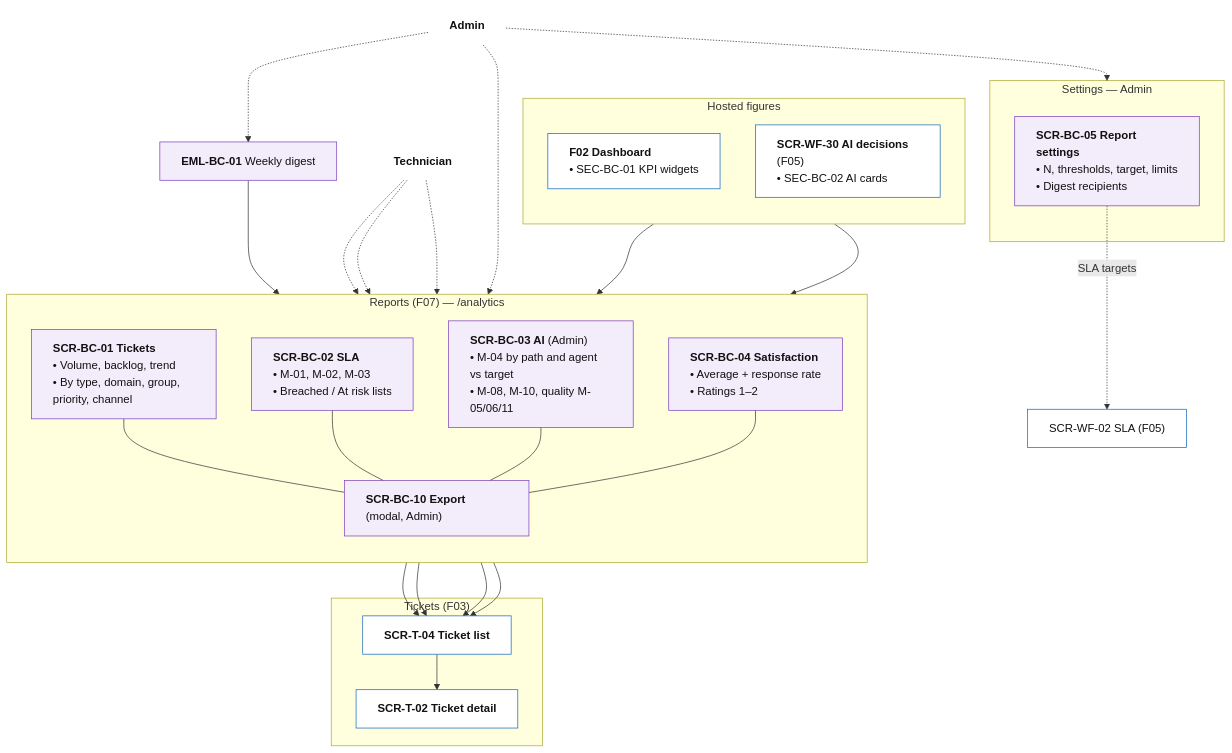
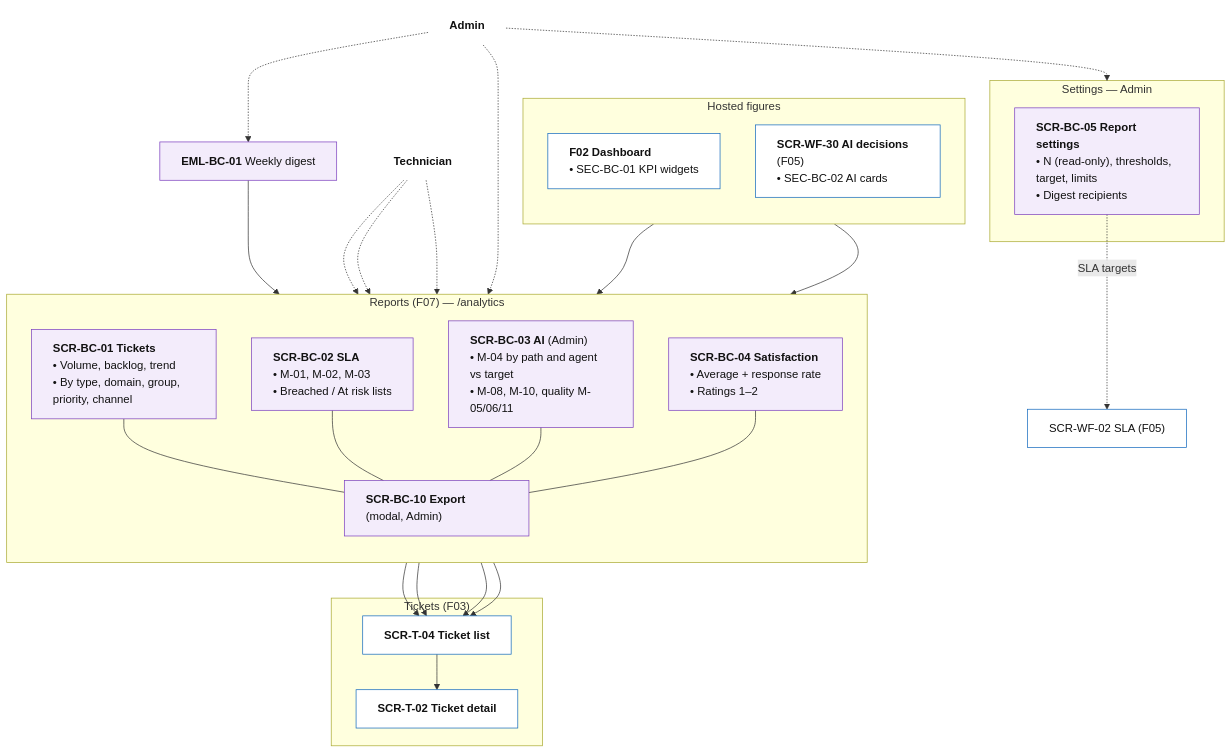
One commit to Akaza-ban/Fable changed the diagram in docs/f07-reports-analytics/information-architecture/README.md. Above: the diagram before and after it, drawn with Mermaid. The commit also changed 9 other files, not shown here.

````diff
--- a/docs/f07-reports-analytics/information-architecture/README.md
+++ b/docs/f07-reports-analytics/information-architecture/README.md
@@ -39,51 +39,51 @@
 ```mermaid
 flowchart TB
     tech["<b>Technician</b>"]
     admin["<b>Admin</b>"]
 
     subgraph reports["Reports (F07) — /analytics"]
         direction TB
         r01["<b>SCR-BC-01 Tickets</b><br/>• Volume, backlog, trend<br/>• By type, domain, group, priority, channel"]
         r02["<b>SCR-BC-02 SLA</b><br/>• M-01, M-02, M-03<br/>• Breached / At risk lists"]
         r03["<b>SCR-BC-03 AI</b> (Admin)<br/>• M-04 by path and agent vs target<br/>• M-08, M-10, quality M-05/06/11"]
         r04["<b>SCR-BC-04 Satisfaction</b><br/>• Average + response rate<br/>• Ratings 1–2"]
         m10["<b>SCR-BC-10 Export</b> (modal, Admin)"]
     end
 
     subgraph settings["Settings — Admin"]
-        r05["<b>SCR-BC-05 Report settings</b><br/>• N, thresholds, target, limits<br/>• Digest recipients"]
+        r05["<b>SCR-BC-05 Report settings</b><br/>• N (read-only), thresholds, target, limits<br/>• Digest recipients"]
     end
 
     subgraph hosts["Hosted figures"]
         direction TB
         f02["<b>F02 Dashboard</b><br/>• SEC-BC-01 KPI widgets"]
         wf30["<b>SCR-WF-30 AI decisions</b> (F05)<br/>• SEC-BC-02 AI cards"]
     end
 
     subgraph tickets["Tickets (F03)"]
         t04["<b>SCR-T-04 Ticket list</b>"]
         t02["<b>SCR-T-02 Ticket detail</b>"]
     end
 
     eml["<b>EML-BC-01</b> Weekly digest"]
 
     r01 & r02 & r03 & r04 --- m10
     r01 & r02 & r03 & r04 --> t04
     t04 --> t02
     f02 --> r01
     wf30 --> r03
     eml --> r03
     r05 -. "SLA targets" .-> wf02["SCR-WF-02 SLA (F05)"]
 
     tech -.-> r01 & r02 & r04
     admin -.-> reports
     admin -.-> settings
     admin -.-> eml
 
     classDef actor fill:none,stroke:none,color:#111
     classDef host fill:#fff,color:#111,stroke:#1168bd,text-align:left
     classDef bc fill:#f3ecfb,color:#111,stroke:#7b3fbf,text-align:left
     class tech,admin actor
     class f02,wf30,t04,t02,wf02 host
     class r01,r02,r03,r04,r05,m10,eml bc
 ```
````
